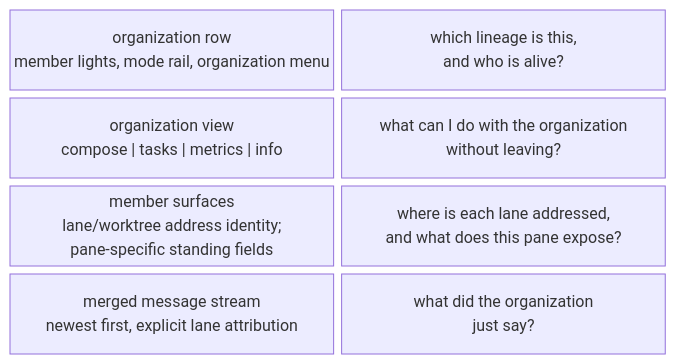
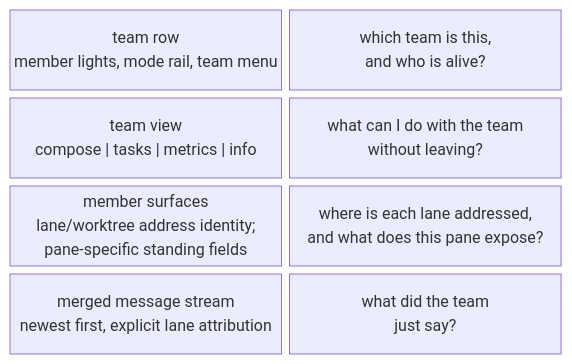
Before and after one commit to infimalabs/spice-rust: diagram 16 of 25 in docs/product/value.md, drawn with Mermaid. The commit also changed other lines of this file and 235 other files, not shown here.

````diff
--- a/docs/product/value.md
+++ b/docs/product/value.md
@@ -378,8 +378,8 @@
 ```mermaid
 block-beta
   columns 2
-  T["organization row<br/>member lights, mode rail, organization menu"] q1["which lineage is this,<br/>and who is alive?"]
-  V["organization view<br/>compose | tasks | metrics | info"] q2["what can I do with the organization<br/>without leaving?"]
+  T["team row<br/>member lights, mode rail, team menu"] q1["which team is this,<br/>and who is alive?"]
+  V["team view<br/>compose | tasks | metrics | info"] q2["what can I do with the team<br/>without leaving?"]
   S["member surfaces<br/>lane/worktree address identity;<br/>pane-specific standing fields"] q3["where is each lane addressed,<br/>and what does this pane expose?"]
-  M["merged message stream<br/>newest first, explicit lane attribution"] q4["what did the organization<br/>just say?"]
+  M["merged message stream<br/>newest first, explicit lane attribution"] q4["what did the team<br/>just say?"]
 ```
````
